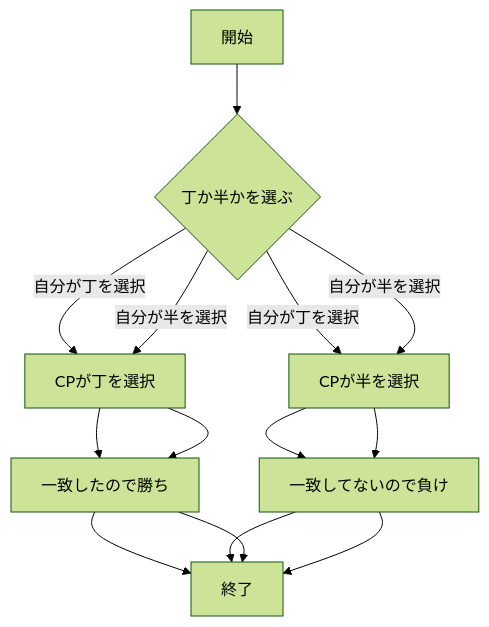
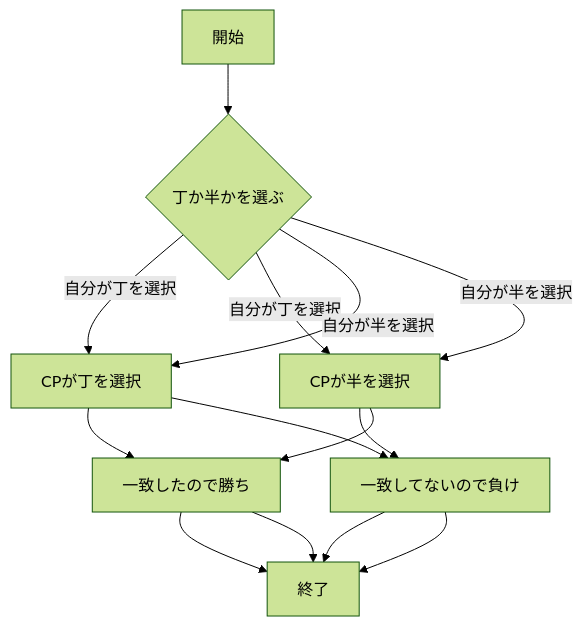
One commit to km919/webpro_06 changed the eighth of 9 diagrams in README.md. Above: the diagram before and after it, drawn with Mermaid (forest theme).

Commit message:
12月27日1:53に編集済

````diff
--- a/README.md
+++ b/README.md
@@ -297,15 +297,15 @@
 ```mermaid
 flowchart TD;
 start["開始"];
 end1["終了"]
 if{"丁か半かを選ぶ"}
 start --> if
 if --> |自分が丁を選択|　CPが丁を選択
 CPが丁を選択 --> 一致したので勝ち --> end1
 if --> |自分が丁を選択|　CPが半を選択
 CPが半を選択 --> 一致してないので負け --> end1
 if --> |自分が半を選択|　CPが丁を選択
-CPが丁を選択 --> 一致したので勝ち --> end1
+CPが丁を選択 --> 一致してないので負け --> end1
 if --> |自分が半を選択|　CPが半を選択
-CPが半を選択 --> 一致してないので負け --> end1
+CPが半を選択 --> 一致したので勝ち --> end1
 ```
````
